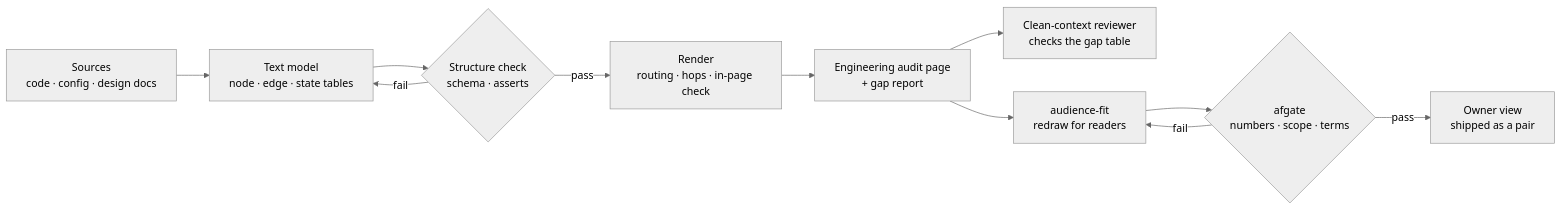
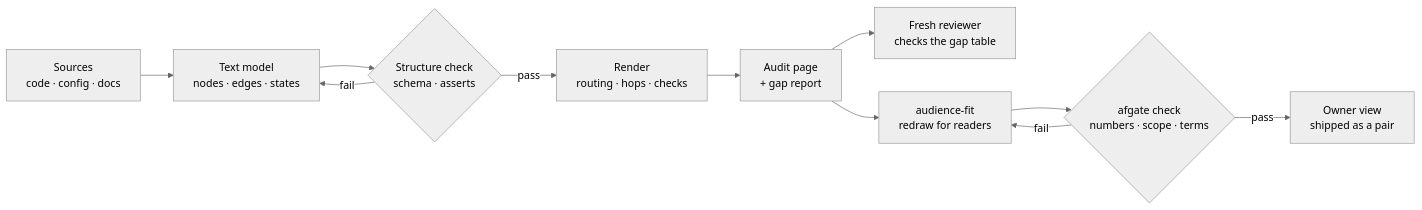
One commit to WizerdBaChe/diagram-audience-fit changed the diagram in README.en.md. Above: the diagram before and after it, drawn with Mermaid (neutral theme). The commit also changed 10 other files, not shown here.

````diff
--- a/README.en.md
+++ b/README.en.md
@@ -111,13 +111,13 @@
 ```mermaid
 flowchart LR
-  S["Sources<br/>code · config · design docs"] --> M["Text model<br/>node · edge · state tables"]
+  S["Sources<br/>code · config · docs"] --> M["Text model<br/>nodes · edges · states"]
   M --> G{"Structure check<br/>schema · asserts"}
   G -- fail --> M
-  G -- pass --> R["Render<br/>routing · hops · in-page check"]
-  R --> P["Engineering audit page<br/>+ gap report"]
-  P --> V["Clean-context reviewer<br/>checks the gap table"]
+  G -- pass --> R["Render<br/>routing · hops · checks"]
+  R --> P["Audit page<br/>+ gap report"]
+  P --> V["Fresh reviewer<br/>checks the gap table"]
   P --> A["audience-fit<br/>redraw for readers"]
-  A --> K{"afgate<br/>numbers · scope · terms"}
+  A --> K{"afgate check<br/>numbers · scope · terms"}
   K -- fail --> A
   K -- pass --> O["Owner view<br/>shipped as a pair"]
 ```
````
